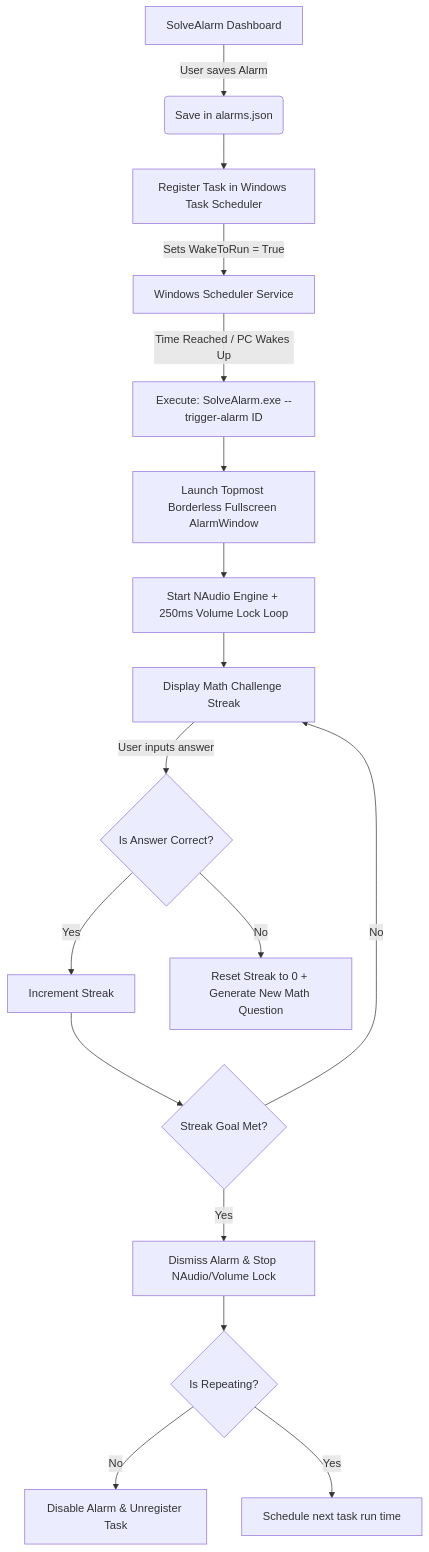
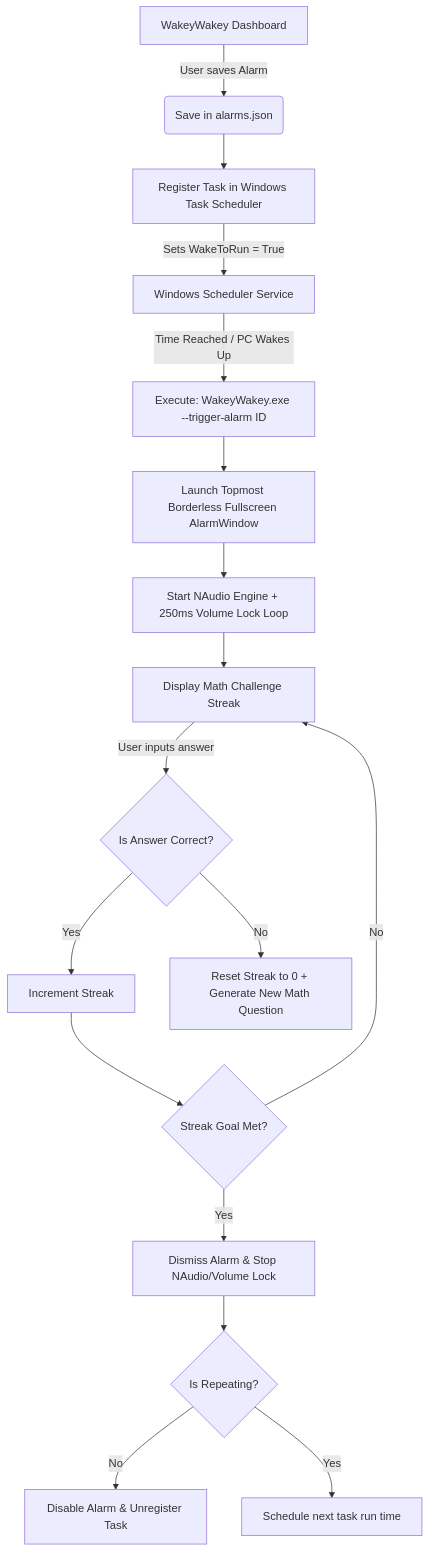
The diagram in README.md (andhikkadd/wakey-wakey), drawn with Mermaid before and after one commit. The commit also changed other lines of this file and 30 other files, not shown here.

Commit message:
Complete rename of SolveAlarm application to WakeyWakey

````diff
--- a/README.md
+++ b/README.md
@@ -28,22 +28,22 @@
 ```mermaid
 graph TD
-    A[SolveAlarm Dashboard] -->|User saves Alarm| B(Save in alarms.json)
+    A[WakeyWakey Dashboard] -->|User saves Alarm| B(Save in alarms.json)
     B --> C[Register Task in Windows Task Scheduler]
     C -->|Sets WakeToRun = True| D[Windows Scheduler Service]
     
-    D -->|Time Reached / PC Wakes Up| E[Execute: SolveAlarm.exe --trigger-alarm ID]
+    D -->|Time Reached / PC Wakes Up| E[Execute: WakeyWakey.exe --trigger-alarm ID]
     E --> F[Launch Topmost Borderless Fullscreen AlarmWindow]
     F --> G[Start NAudio Engine + 250ms Volume Lock Loop]
     
     G --> H[Display Math Challenge Streak]
     H -->|User inputs answer| I{Is Answer Correct?}
     I -->|Yes| J[Increment Streak]
     I -->|No| K[Reset Streak to 0 + Generate New Math Question]
     
     J --> L{Streak Goal Met?}
     L -->|No| H
     L -->|Yes| M[Dismiss Alarm & Stop NAudio/Volume Lock]
     M --> N{Is Repeating?}
     N -->|No| O[Disable Alarm & Unregister Task]
     N -->|Yes| P[Schedule next task run time]
 ```
````
